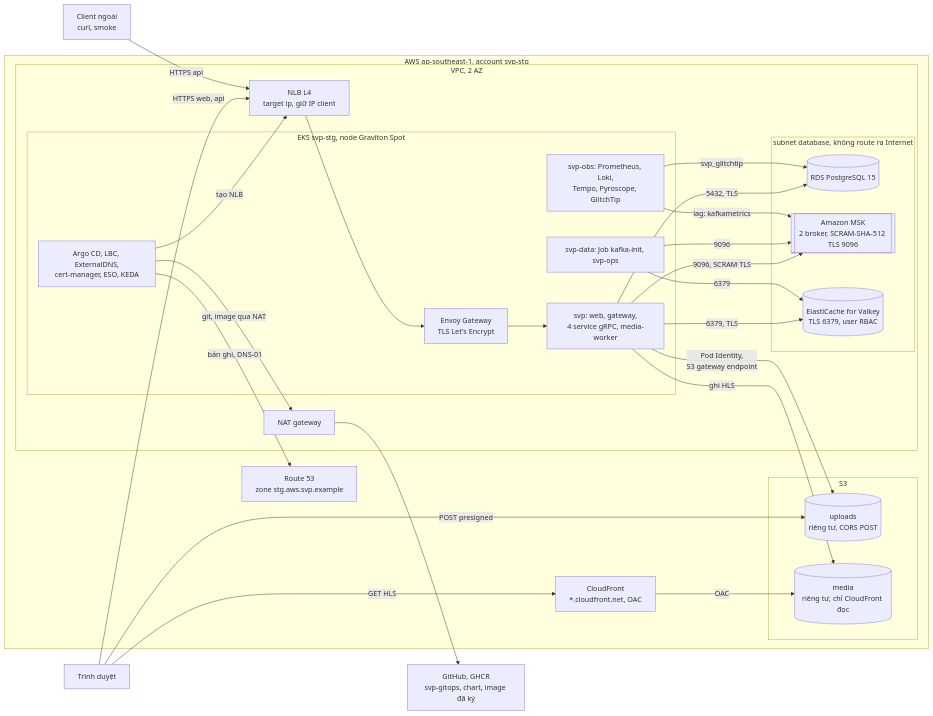
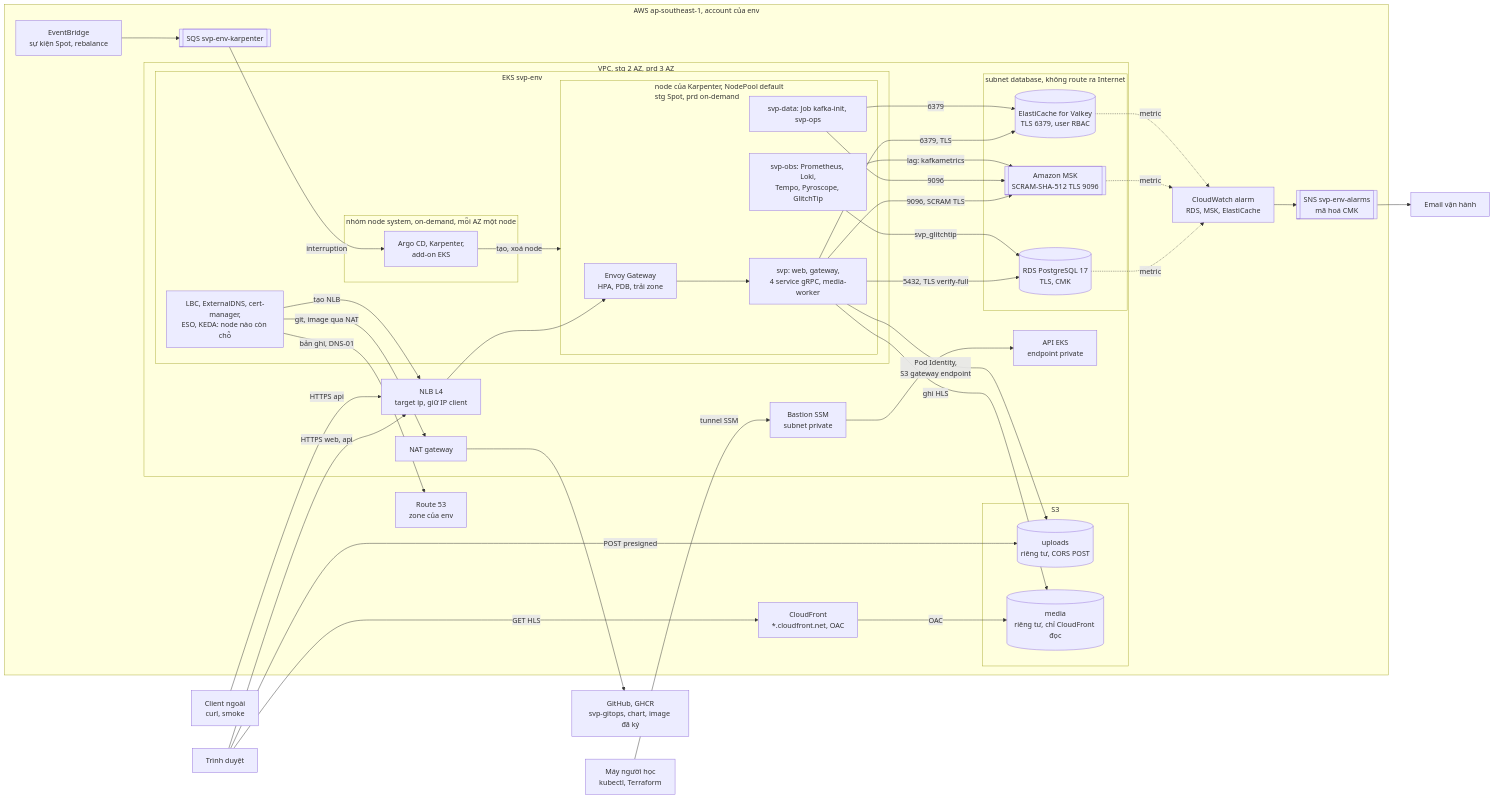
One commit to anhnvcoder/svp-backend changed the second of 5 diagrams in docs/explanation/deployment.md. Above: the diagram before and after it, drawn with Mermaid. The commit also changed other lines of this file and 78 other files, not shown here.

First line of the commit message:
feat(platform): prd-grade HA and managed data operations (#126)

````diff
--- a/docs/explanation/deployment.md
+++ b/docs/explanation/deployment.md
@@ -527,50 +553,71 @@
 ```mermaid
 flowchart LR
     browser["Trình duyệt"]
     client["Client ngoài<br/>curl, smoke"]
+    learner["Máy người học<br/>kubectl, Terraform"]
     gh["GitHub, GHCR<br/>svp-gitops, chart, image đã ký"]
-    subgraph aws["AWS ap-southeast-1, account svp-stg"]
-        r53["Route 53<br/>zone stg.aws.svp.example"]
+    mail["Email vận hành"]
+    subgraph aws["AWS ap-southeast-1, account của env"]
+        r53["Route 53<br/>zone của env"]
         cf["CloudFront<br/>*.cloudfront.net, OAC"]
         subgraph s3["S3"]
             up[("uploads<br/>riêng tư, CORS POST")]
             media[("media<br/>riêng tư, chỉ CloudFront đọc")]
         end
-        subgraph vpc["VPC, 2 AZ"]
+        evb["EventBridge<br/>sự kiện Spot, rebalance"]
+        sqs[["SQS svp-env-karpenter"]]
+        cw["CloudWatch alarm<br/>RDS, MSK, ElastiCache"]
+        sns[["SNS svp-env-alarms<br/>mã hoá CMK"]]
+        subgraph vpc["VPC, stg 2 AZ, prd 3 AZ"]
             nlb["NLB L4<br/>target ip, giữ IP client"]
             nat["NAT gateway"]
+            bastion["Bastion SSM<br/>subnet private"]
+            api["API EKS<br/>endpoint private"]
             subgraph dbnet["subnet database, không route ra Internet"]
-                rds[("RDS PostgreSQL 15")]
-                msk[["Amazon MSK<br/>2 broker, SCRAM-SHA-512 TLS 9096"]]
+                rds[("RDS PostgreSQL 17<br/>TLS, CMK")]
+                msk[["Amazon MSK<br/>SCRAM-SHA-512 TLS 9096"]]
                 ec[("ElastiCache for Valkey<br/>TLS 6379, user RBAC")]
             end
-            subgraph eks["EKS svp-stg, node Graviton Spot"]
-                envoy["Envoy Gateway<br/>TLS Let's Encrypt"]
-                app["svp: web, gateway,<br/>4 service gRPC, media-worker"]
-                data["svp-data: Job kafka-init, svp-ops"]
-                obs["svp-obs: Prometheus, Loki,<br/>Tempo, Pyroscope, GlitchTip"]
-                ctl["Argo CD, LBC, ExternalDNS,<br/>cert-manager, ESO, KEDA"]
+            subgraph eks["EKS svp-env"]
+                subgraph sys["nhóm node system, on-demand, mỗi AZ một node"]
+                    karpc["Argo CD, Karpenter,<br/>add-on EKS"]
+                end
+                ctl["LBC, ExternalDNS, cert-manager,<br/>ESO, KEDA: node nào còn chỗ"]
+                subgraph karp["node của Karpenter, NodePool default<br/>stg Spot, prd on-demand"]
+                    envoy["Envoy Gateway<br/>HPA, PDB, trải zone"]
+                    app["svp: web, gateway,<br/>4 service gRPC, media-worker"]
+                    data["svp-data: Job kafka-init, svp-ops"]
+                    obs["svp-obs: Prometheus, Loki,<br/>Tempo, Pyroscope, GlitchTip"]
+                end
             end
         end
     end
     browser -->|"HTTPS web, api"| nlb
     client -->|"HTTPS api"| nlb
     nlb --> envoy
     envoy --> app
     app -->|"9096, SCRAM TLS"| msk
     app -->|"6379, TLS"| ec
     data -->|"9096"| msk
     data -->|"6379"| ec
-    app -->|"5432, TLS"| rds
+    app -->|"5432, TLS verify-full"| rds
     obs -->|"svp_glitchtip"| rds
     obs -->|"lag: kafkametrics"| msk
     app -->|"Pod Identity,<br/>S3 gateway endpoint"| up
     app -->|"ghi HLS"| media
     browser -->|"POST presigned"| up
     browser -->|"GET HLS"| cf
     cf -->|"OAC"| media
     ctl -->|"bản ghi, DNS-01"| r53
     ctl -->|"tạo NLB"| nlb
     ctl -->|"git, image qua NAT"| nat
     nat --> gh
+    evb --> sqs
+    sqs -->|"interruption"| karpc
+    karpc -->|"tạo, xoá node"| karp
+    rds -.->|"metric"| cw
+    msk -.->|"metric"| cw
+    ec -.->|"metric"| cw
+    cw --> sns --> mail
+    learner -->|"tunnel SSM"| bastion --> api
 ```
````
